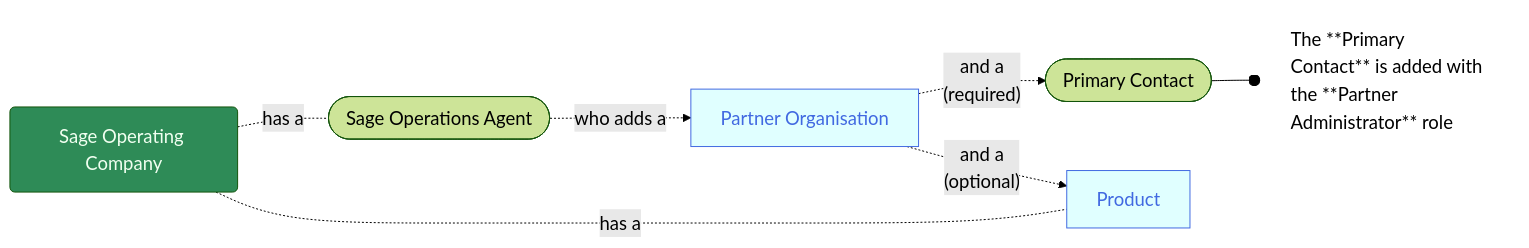
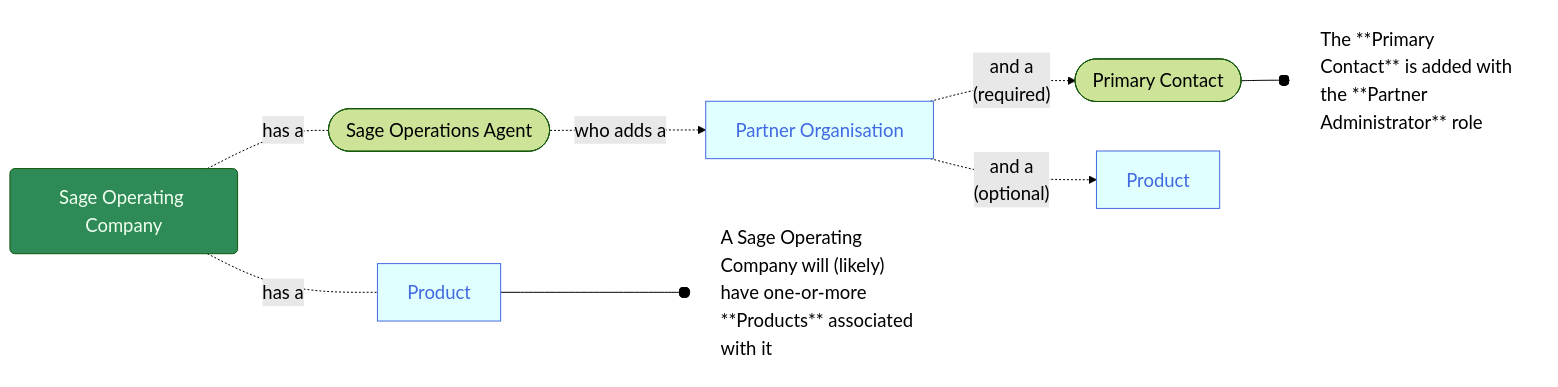
The diagram in 2025_Sage/01_Scenario - Partner organisation.mdx (joe-dorward/samples), drawn with Mermaid before and after one commit.

Commit message:
Update 01_Scenario - Partner organisation.mdx

````diff
--- a/2025_Sage/01_Scenario - Partner organisation.mdx
+++ b/2025_Sage/01_Scenario - Partner organisation.mdx
@@ -2,30 +2,31 @@
 ```mermaid
 %%{
   init: {
     'theme': 'forest',
     'themeVariables': {
       'fontSize':'14pt'
     }
   }
 }%%
 flowchart LR
   classDef Sage fill:seagreen, color:honeydew;
   classDef Noun fill:lightcyan, stroke:royalblue, color:royalblue;
   classDef Note fill:white, stroke:white, text-align:left;
 
   SAGE_OPERATING_COMPANY_01(Sage Operating Company)-.has a.-
   SAGE_OPERATIONS_AGENT_01([&nbsp;Sage Operations Agent&nbsp;])-.who adds a.->
   PARTNER_ORGANISATION_01[Partner Organisation]-.and a<br/>(required).->
   PRIMARY_CONTACT_01([&nbsp;Primary Contact&nbsp;])--o
   PRIMARY_CONTACT_01_NOTE[The **Primary Contact** is added with the **Partner Administrator** role]
 
   SAGE_OPERATING_COMPANY_01-.has a.-
-  PRODUCT_01[Product]
+  PRODUCT_01["Product"]--o
+  PRODUCT_01_NOTE["A Sage Operating Company will (likely) have one-or-more **Products** associated with it"]
 
   PARTNER_ORGANISATION_01-.and a<br/>(optional).->
-  PRODUCT_01
+  PRODUCT_03[Product]
 
   class SAGE_OPERATING_COMPANY_01 Sage
-  class PARTNER_ORGANISATION_01,PRODUCT_01 Noun
-  class PRIMARY_CONTACT_01_NOTE Note
+  class PARTNER_ORGANISATION_01,PRODUCT_01,PRODUCT_02,PRODUCT_03 Noun
+  class PRIMARY_CONTACT_01_NOTE,PRODUCT_01_NOTE Note
 ```
````
